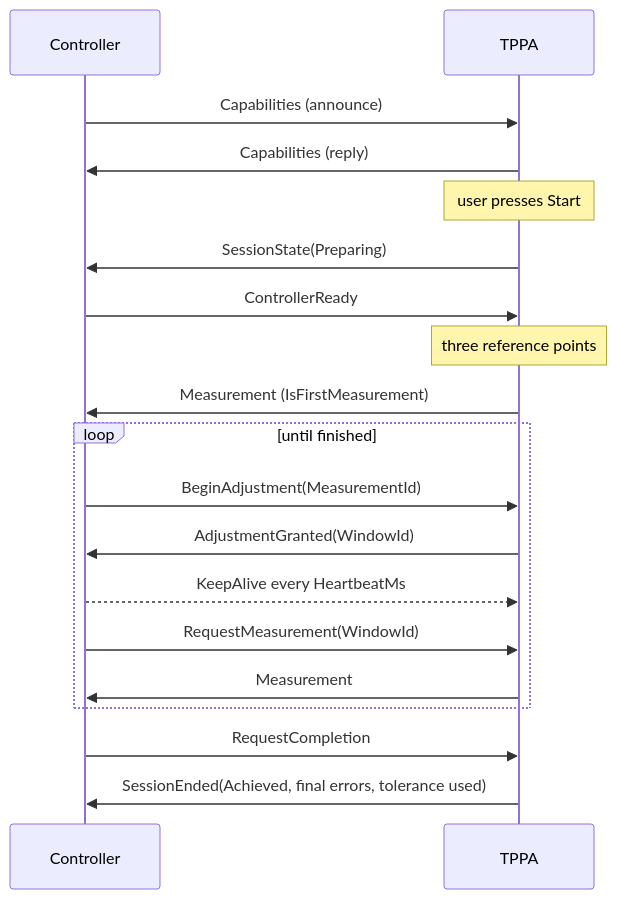
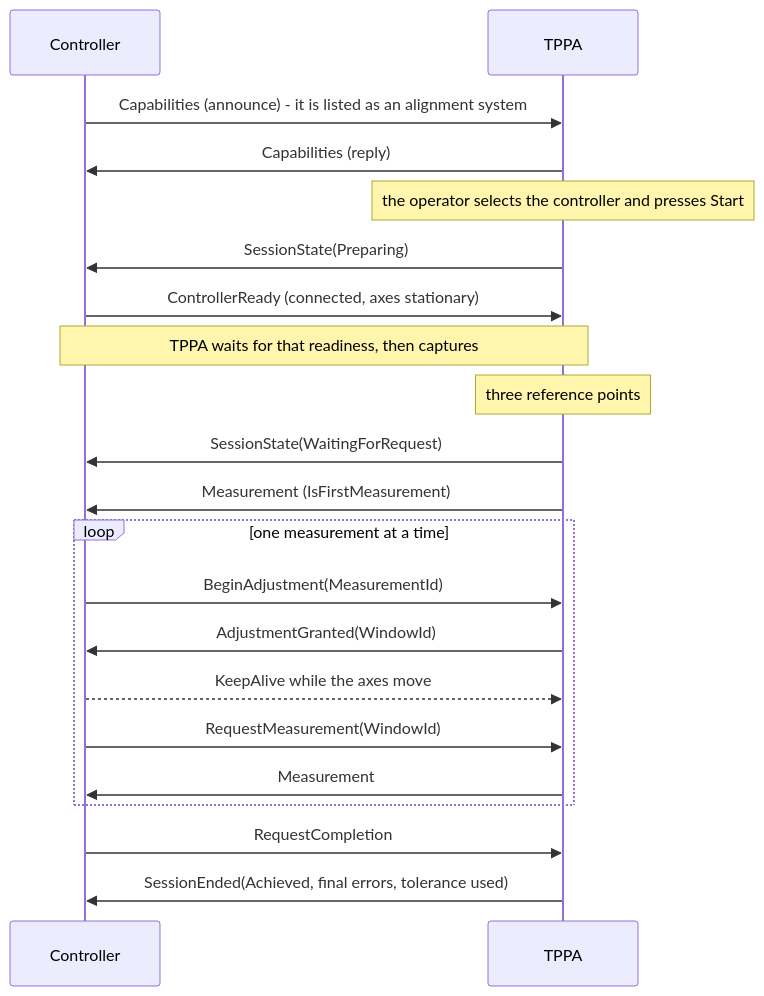
One commit to isbeorn/nina.plugin.polaralignment changed the diagram in docs/external-correction.md. Above: the diagram before and after it, drawn with Mermaid. The commit also changed other lines of this file and 2 other files, not shown here.

````diff
--- a/docs/external-correction.md
+++ b/docs/external-correction.md
@@ -100,21 +105,23 @@
 ```mermaid
 sequenceDiagram
     participant C as Controller
     participant T as TPPA
-    C->>T: Capabilities (announce)
+    C->>T: Capabilities (announce) - it is listed as an alignment system
     T->>C: Capabilities (reply)
-    Note over T: user presses Start
+    Note over T: the operator selects the controller and presses Start
     T->>C: SessionState(Preparing)
-    C->>T: ControllerReady
+    C->>T: ControllerReady (connected, axes stationary)
+    Note over T,C: TPPA waits for that readiness, then captures
     Note over T: three reference points
+    T->>C: SessionState(WaitingForRequest)
     T->>C: Measurement (IsFirstMeasurement)
-    loop until finished
+    loop one measurement at a time
         C->>T: BeginAdjustment(MeasurementId)
         T->>C: AdjustmentGranted(WindowId)
-        C-->>T: KeepAlive every HeartbeatMs
+        C-->>T: KeepAlive while the axes move
         C->>T: RequestMeasurement(WindowId)
         T->>C: Measurement
     end
     C->>T: RequestCompletion
     T->>C: SessionEnded(Achieved, final errors, tolerance used)
 ```
````
